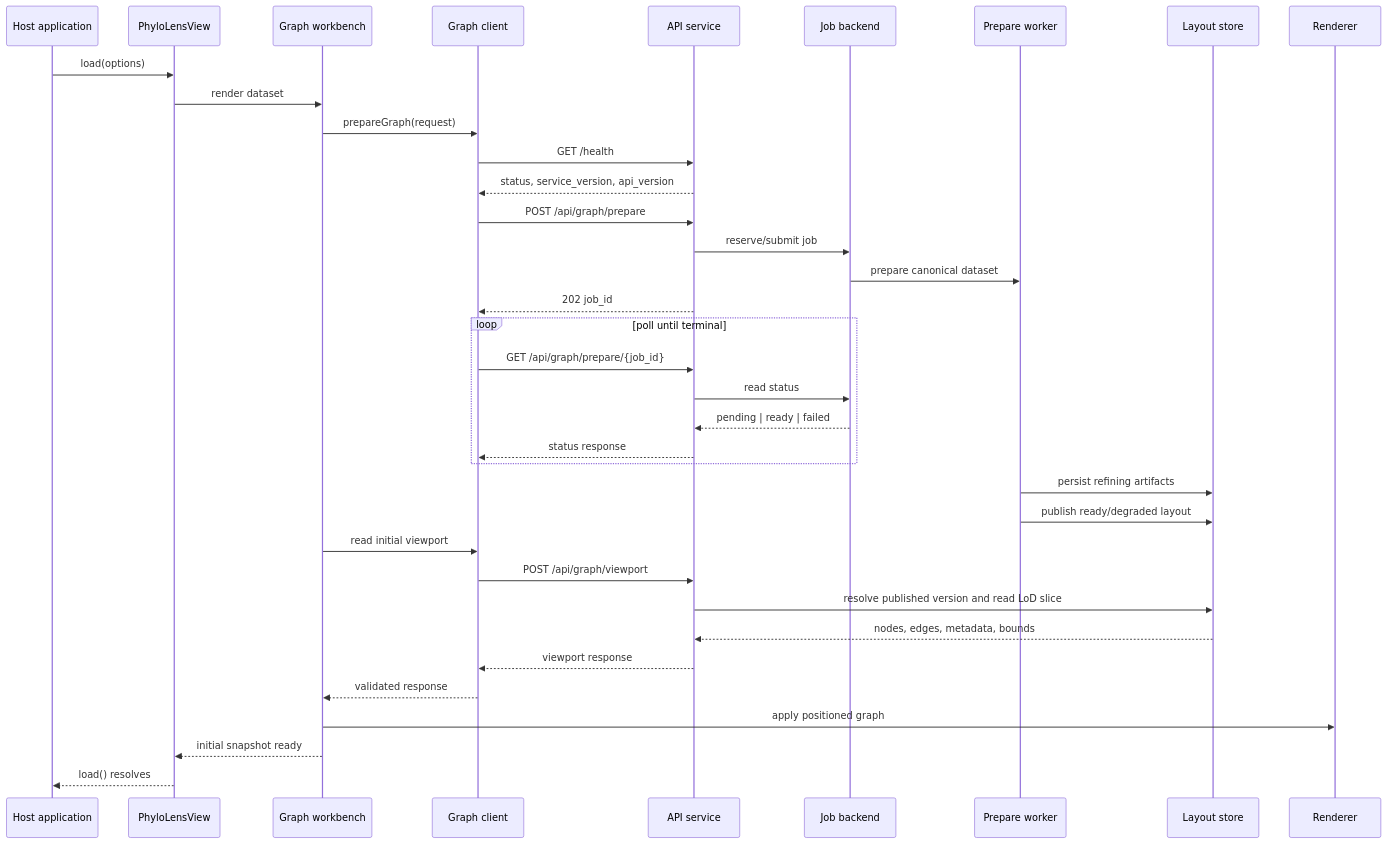
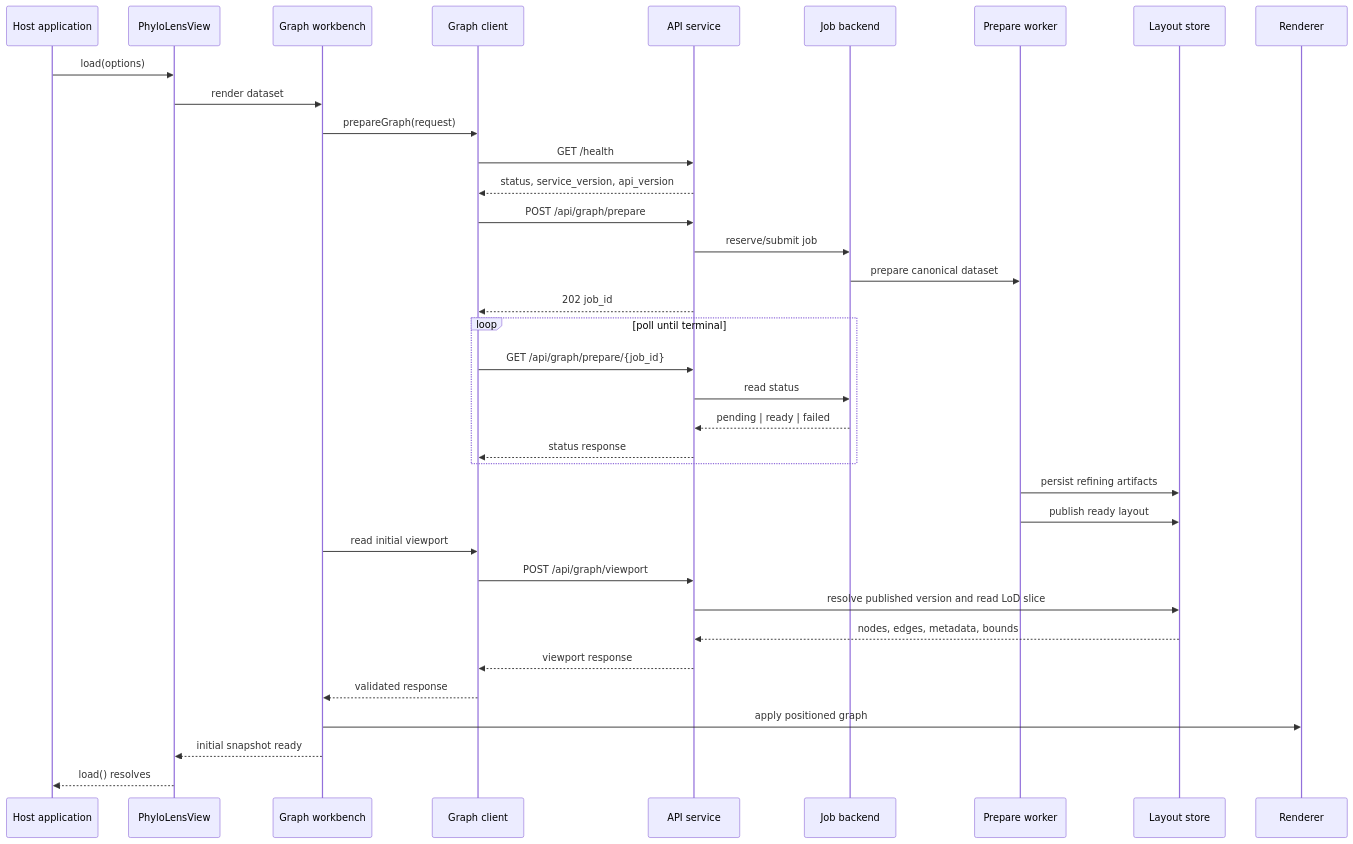
The first of 5 diagrams in docs/flow.md (phyloviz/phylo-lens), drawn with Mermaid before and after one commit. The commit also changed other lines of this file and 41 other files, not shown here.

````diff
--- a/docs/flow.md
+++ b/docs/flow.md
@@ -9,42 +9,42 @@
 ```mermaid
 sequenceDiagram
   participant H as Host application
   participant V as PhyloLensView
   participant W as Graph workbench
   participant C as Graph client
   participant A as API service
   participant J as Job backend
   participant P as Prepare worker
   participant S as Layout store
   participant R as Renderer
 
   H->>V: load(options)
   V->>W: render dataset
   W->>C: prepareGraph(request)
   C->>A: GET /health
   A-->>C: status, service_version, api_version
   C->>A: POST /api/graph/prepare
   A->>J: reserve/submit job
   J->>P: prepare canonical dataset
   A-->>C: 202 job_id
 
   loop poll until terminal
     C->>A: GET /api/graph/prepare/{job_id}
     A->>J: read status
     J-->>A: pending | ready | failed
     A-->>C: status response
   end
 
   P->>S: persist refining artifacts
-  P->>S: publish ready/degraded layout
+  P->>S: publish ready layout
 
   W->>C: read initial viewport
   C->>A: POST /api/graph/viewport
   A->>S: resolve published version and read LoD slice
   S-->>A: nodes, edges, metadata, bounds
   A-->>C: viewport response
   C-->>W: validated response
   W->>R: apply positioned graph
   W-->>V: initial snapshot ready
   V-->>H: load() resolves
 ```
````
